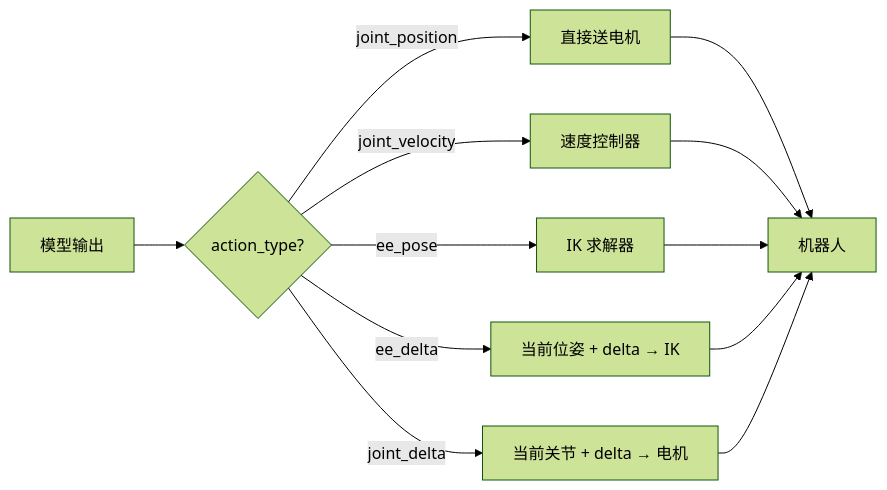
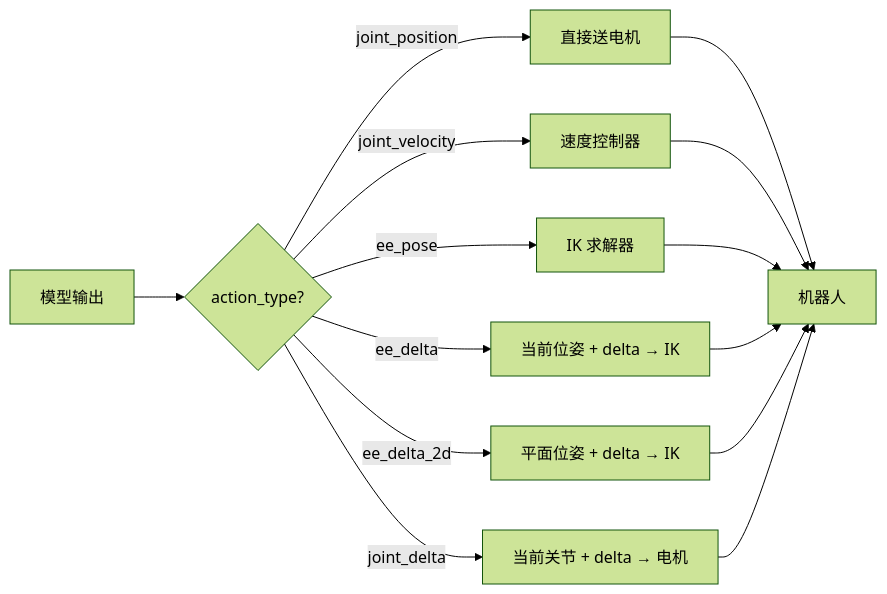
Before and after one commit to Dld0621/Embodied-AI-Zero-to-Hero: the first of 3 diagrams in docs/24-action-representation-and-tokenization.md, drawn with Mermaid (forest theme). The commit also changed other lines of this file and 13 other files, not shown here.

````diff
--- a/docs/24-action-representation-and-tokenization.md
+++ b/docs/24-action-representation-and-tokenization.md
@@ -76,14 +80,16 @@
 ```mermaid
 graph LR
     A[模型输出] --> B{action_type?}
     B -->|joint_position| C[直接送电机]
     B -->|joint_velocity| D[速度控制器]
     B -->|ee_pose| E[IK 求解器]
     B -->|ee_delta| F[当前位姿 + delta → IK]
+    B -->|ee_delta_2d| F2[平面位姿 + delta → IK]
     B -->|joint_delta| G[当前关节 + delta → 电机]
     C --> H[机器人]
     D --> H
     E --> H
     F --> H
+    F2 --> H
     G --> H
 ```
````
